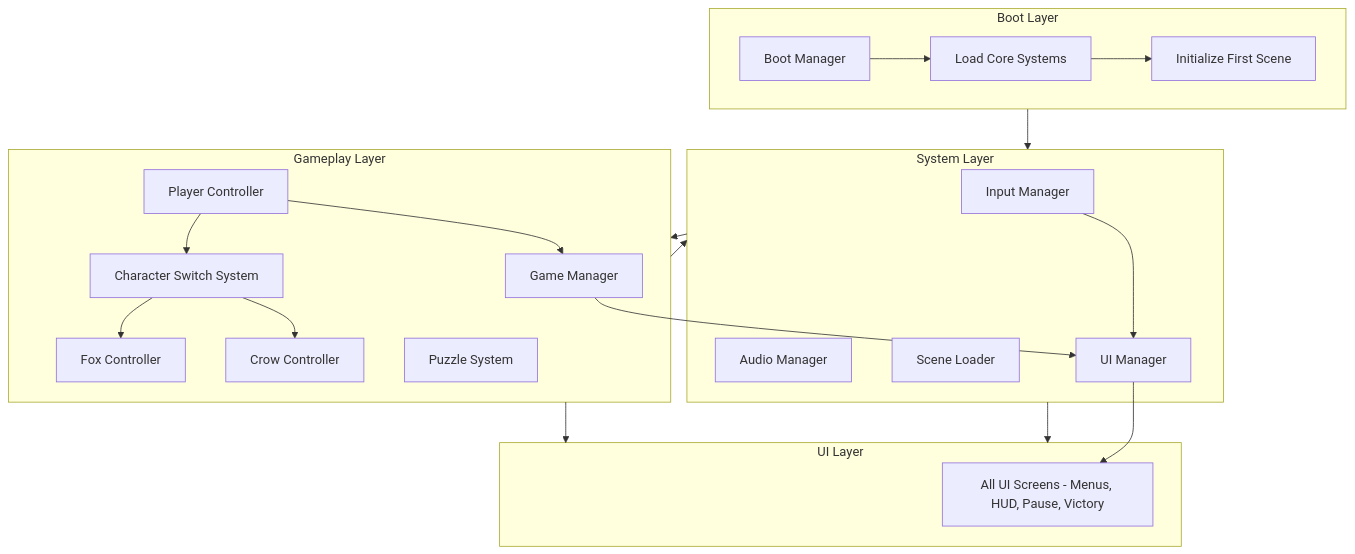
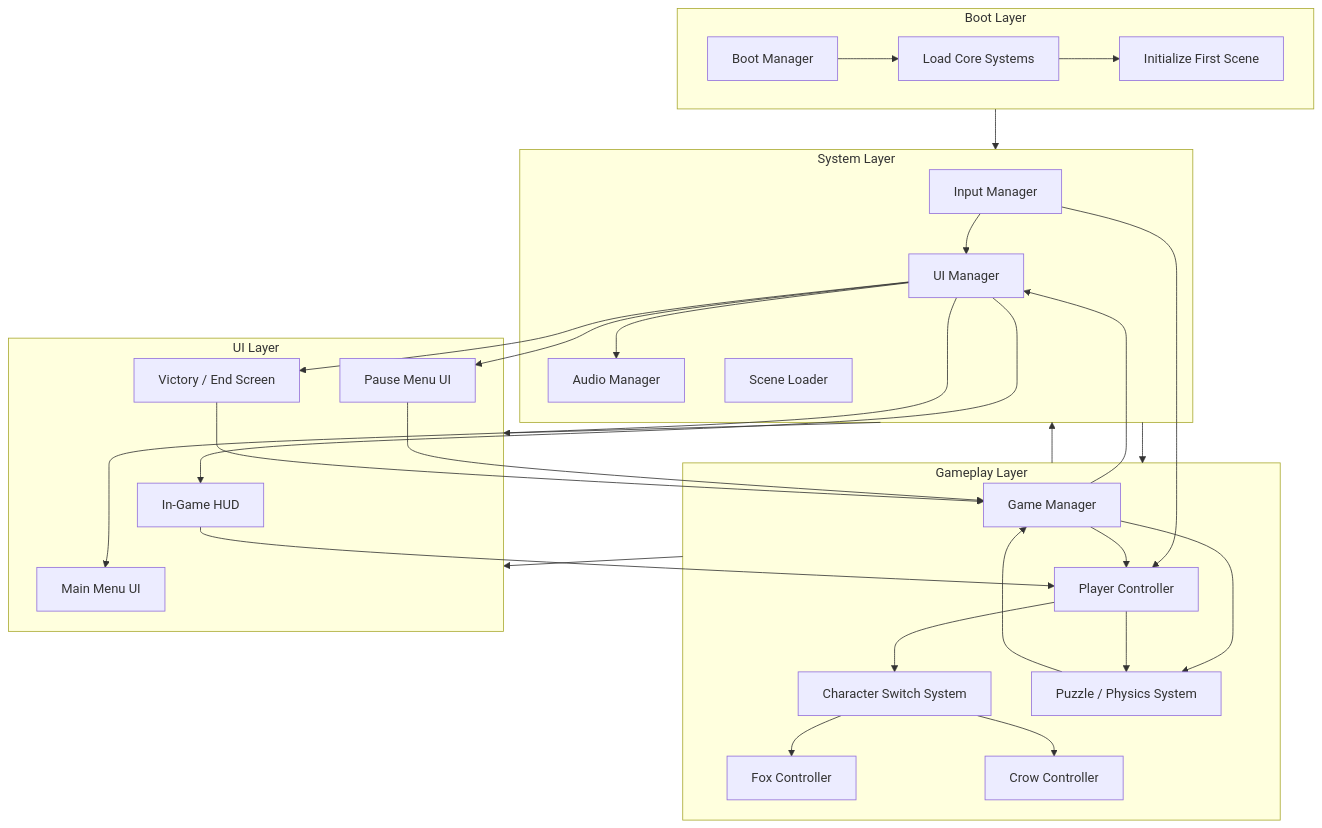
One commit to Justsomeguy241/Out-of-the-box changed the second of 4 diagrams in README.md. Above: the diagram before and after it, drawn with Mermaid.

````diff
--- a/README.md
+++ b/README.md
@@ -51,51 +51,69 @@
 ```mermaid
 graph TD
 
 %% ========== BOOT / INIT ==========
 subgraph Boot_Layer["Boot Layer"]
     Boot[Boot Manager]
     LoadSystems[Load Core Systems]
     InitScene[Initialize First Scene]
     Boot --> LoadSystems --> InitScene
 end
 
 %% ========== SYSTEM LAYER ==========
 subgraph System_Layer["System Layer"]
     InputManager[Input Manager]
     AudioManager[Audio Manager]
     SceneLoader[Scene Loader]
     UIManager[UI Manager]
 end
 
 %% ========== GAMEPLAY LAYER ==========
 subgraph Gameplay_Layer["Gameplay Layer"]
     GameManager[Game Manager]
     PlayerController[Player Controller]
     SwitchSystem[Character Switch System]
     Fox[Fox Controller]
     Crow[Crow Controller]
-    PuzzleSystem[Puzzle System]
+    PuzzleSystem[Puzzle / Physics System]
 end
 
 %% ========== UI LAYER ==========
 subgraph UI_Layer["UI Layer"]
-    UIElements[All UI Screens - Menus, HUD, Pause, Victory]
+    MainMenu[Main Menu UI]
+    PauseUI[Pause Menu UI]
+    HUD[In-Game HUD]
+    VictoryUI[Victory / End Screen]
 end
 
 %% ========== INTER-LAYER CONNECTIONS ==========
 Boot_Layer --> System_Layer
 System_Layer --> Gameplay_Layer
 System_Layer --> UI_Layer
 Gameplay_Layer --> System_Layer
 Gameplay_Layer --> UI_Layer
 
-%% Key Manager Links
+%% ==== SYSTEM CONNECTIONS ====
 InputManager --> UIManager
-UIManager --> UIElements
-GameManager --> UIManager
-PlayerController --> GameManager
+InputManager --> PlayerController
+UIManager --> AudioManager
+UIManager --> MainMenu
+UIManager --> PauseUI
+UIManager --> HUD
+UIManager --> VictoryUI
+
+%% ==== GAMEPLAY CONNECTIONS ====
+GameManager --> PlayerController
+GameManager --> PuzzleSystem
+PlayerController --> SwitchSystem
 SwitchSystem --> Fox
 SwitchSystem --> Crow
-PlayerController --> SwitchSystem
+PlayerController --> PuzzleSystem
+GameManager --> UIManager
+PuzzleSystem --> GameManager
+
+%% ==== UI CONNECTIONS ====
+PauseUI --> GameManager
+HUD --> PlayerController
+VictoryUI --> GameManager
 
 ```
````
